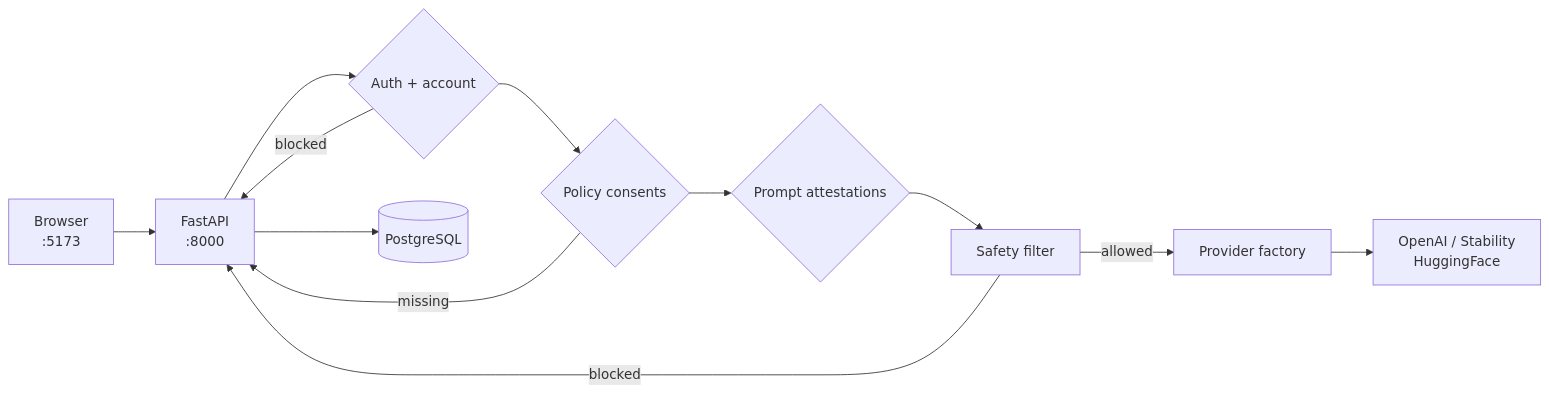
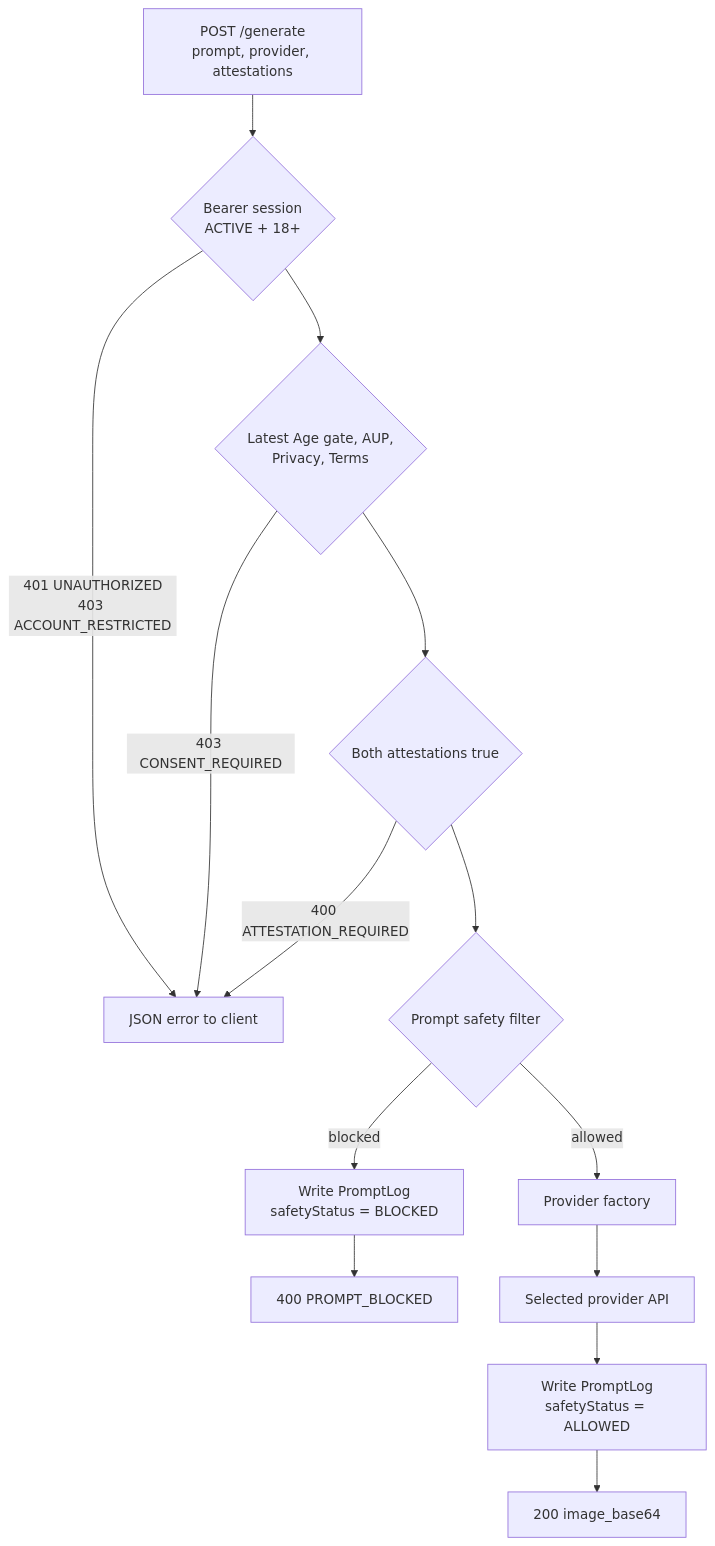
One commit to Nditah/AI-Image-Gen changed the third of 8 diagrams in README.md. Above: the diagram before and after it, drawn with Mermaid. The commit also changed other lines of this file, not shown here.

````diff
--- a/README.md
+++ b/README.md
@@ -63,14 +141,16 @@
 ```mermaid
-flowchart LR
-  A[Browser<br/>:5173] --> B[FastAPI<br/>:8000]
-  B --> C{Auth + account}
-  C -->|blocked| B
-  C --> D{Policy consents}
-  D -->|missing| B
-  D --> E{Prompt attestations}
-  E --> F[Safety filter]
-  F -->|blocked| B
-  F -->|allowed| G[Provider factory]
-  G --> H[OpenAI / Stability<br/>HuggingFace]
-  B --> I[(PostgreSQL)]
+flowchart TD
+    Req["POST /generate<br/>prompt, provider, attestations"] --> Auth{"Bearer session<br/>ACTIVE + 18+"}
+    Auth -->|401 UNAUTHORIZED<br/>403 ACCOUNT_RESTRICTED| Err[JSON error to client]
+    Auth --> Consents{"Latest Age gate, AUP,<br/>Privacy, Terms"}
+    Consents -->|403 CONSENT_REQUIRED| Err
+    Consents --> Attest{"Both attestations true"}
+    Attest -->|400 ATTESTATION_REQUIRED| Err
+    Attest --> Filter{"Prompt safety filter"}
+    Filter -->|blocked| LogB["Write PromptLog<br/>safetyStatus = BLOCKED"]
+    LogB --> Blocked["400 PROMPT_BLOCKED"]
+    Filter -->|allowed| Factory[Provider factory]
+    Factory --> Cloud["Selected provider API"]
+    Cloud --> LogA["Write PromptLog<br/>safetyStatus = ALLOWED"]
+    LogA --> Ok["200 image_base64"]
 ```
````
